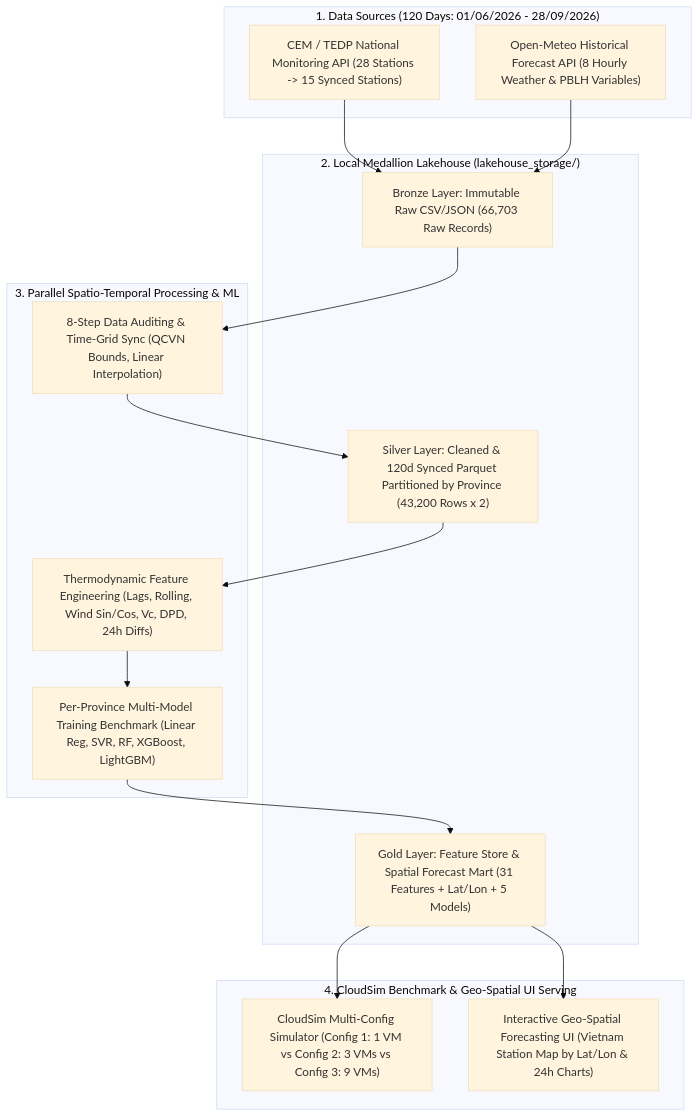
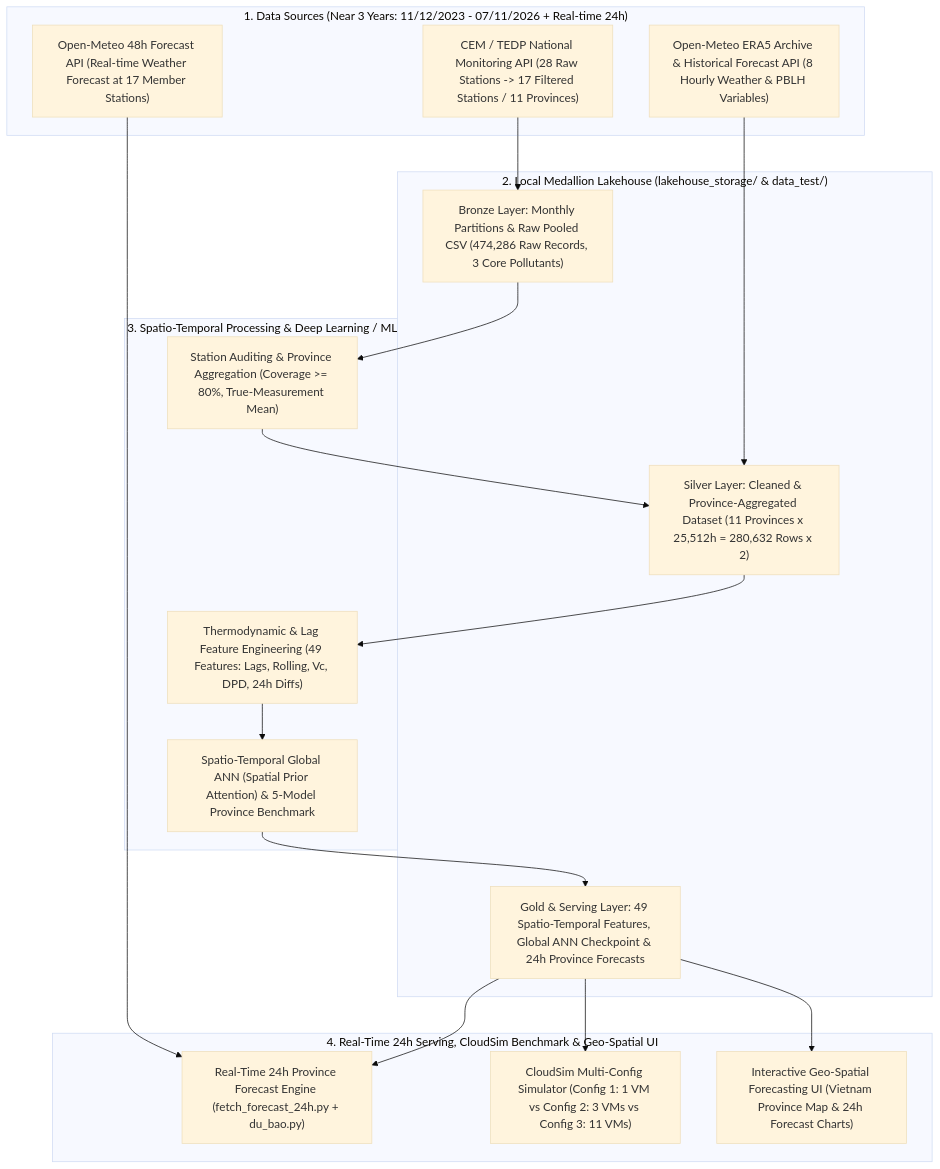
Before and after one commit to quytvo/BigData: the diagram in docs/project_overview.md, drawn with Mermaid (base theme). The commit also changed other lines of this file and 602 other files, not shown here.

````diff
--- a/docs/project_overview.md
+++ b/docs/project_overview.md
@@ -31,29 +31,32 @@
 ```mermaid
 flowchart TD
-    subgraph Sources["1. Data Sources (120 Days: 01/06/2026 - 28/09/2026)"]
-        A1["CEM / TEDP National Monitoring API (28 Stations -> 15 Synced Stations)"]
-        A2["Open-Meteo Historical Forecast API (8 Hourly Weather & PBLH Variables)"]
+    subgraph Sources ["1. Data Sources (Near 3 Years: 11/12/2023 - 07/11/2026 + Real-time 24h)"]
+        A1["CEM / TEDP National Monitoring API (28 Raw Stations -> 17 Filtered Stations / 11 Provinces)"]
+        A2["Open-Meteo ERA5 Archive & Historical Forecast API (8 Hourly Weather & PBLH Variables)"]
+        A3["Open-Meteo 48h Forecast API (Real-time Weather Forecast at 17 Member Stations)"]
     end
 
-    subgraph Lakehouse["2. Local Medallion Lakehouse (lakehouse_storage/)"]
-        B1["Bronze Layer: Immutable Raw CSV/JSON (66,703 Raw Records)"]
-        B2["Silver Layer: Cleaned & 120d Synced Parquet Partitioned by Province (43,200 Rows x 2)"]
-        B3["Gold Layer: Feature Store & Spatial Forecast Mart (31 Features + Lat/Lon + 5 Models)"]
+    subgraph Lakehouse ["2. Local Medallion Lakehouse (lakehouse_storage/ & data_test/)"]
+        B1["Bronze Layer: Monthly Partitions & Raw Pooled CSV (474,286 Raw Records, 3 Core Pollutants)"]
+        B2["Silver Layer: Cleaned & Province-Aggregated Dataset (11 Provinces x 25,512h = 280,632 Rows x 2)"]
+        B3["Gold & Serving Layer: 49 Spatio-Temporal Features, Global ANN Checkpoint & 24h Province Forecasts"]
     end
 
-    subgraph Processing["3. Parallel Spatio-Temporal Processing & ML"]
-        C1["8-Step Data Auditing & Time-Grid Sync (QCVN Bounds, Linear Interpolation)"]
-        C2["Thermodynamic Feature Engineering (Lags, Rolling, Wind Sin/Cos, Vc, DPD, 24h Diffs)"]
-        C3["Per-Province Multi-Model Training Benchmark (Linear Reg, SVR, RF, XGBoost, LightGBM)"]
+    subgraph Processing ["3. Spatio-Temporal Processing & Deep Learning / ML"]
+        C1["Station Auditing & Province Aggregation (Coverage >= 80%, True-Measurement Mean)"]
+        C2["Thermodynamic & Lag Feature Engineering (49 Features: Lags, Rolling, Vc, DPD, 24h Diffs)"]
+        C3["Spatio-Temporal Global ANN (Spatial Prior Attention) & 5-Model Province Benchmark"]
     end
 
-    subgraph Evaluation["4. CloudSim Benchmark & Geo-Spatial UI Serving"]
-        D1["CloudSim Multi-Config Simulator (Config 1: 1 VM vs Config 2: 3 VMs vs Config 3: 9 VMs)"]
-        D2["Interactive Geo-Spatial Forecasting UI (Vietnam Station Map by Lat/Lon & 24h Charts)"]
+    subgraph Evaluation ["4. Real-Time 24h Serving, CloudSim Benchmark & Geo-Spatial UI"]
+        D1["Real-Time 24h Province Forecast Engine (fetch_forecast_24h.py + du_bao.py)"]
+        D2["CloudSim Multi-Config Simulator (Config 1: 1 VM vs Config 2: 3 VMs vs Config 3: 11 VMs)"]
+        D3["Interactive Geo-Spatial Forecasting UI (Vietnam Province Map & 24h Forecast Charts)"]
     end
 
-    A1 & A2 --> B1
-    B1 --> C1 --> B2
+    A1 --> B1 --> C1 --> B2
+    A2 --> B2
     B2 --> C2 --> C3 --> B3
-    B3 --> D1 & D2
+    A3 --> D1
+    B3 --> D1 & D2 & D3
 ```
````
